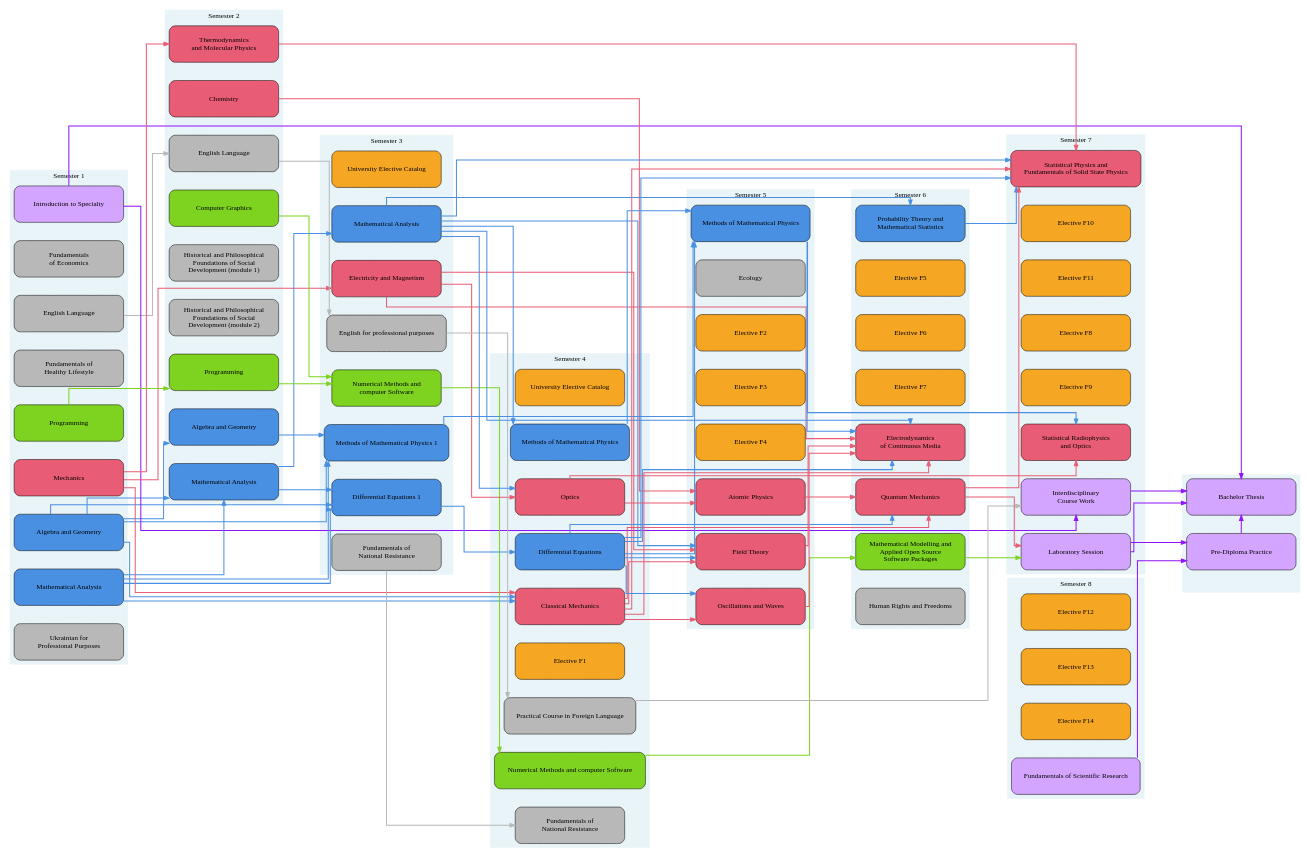
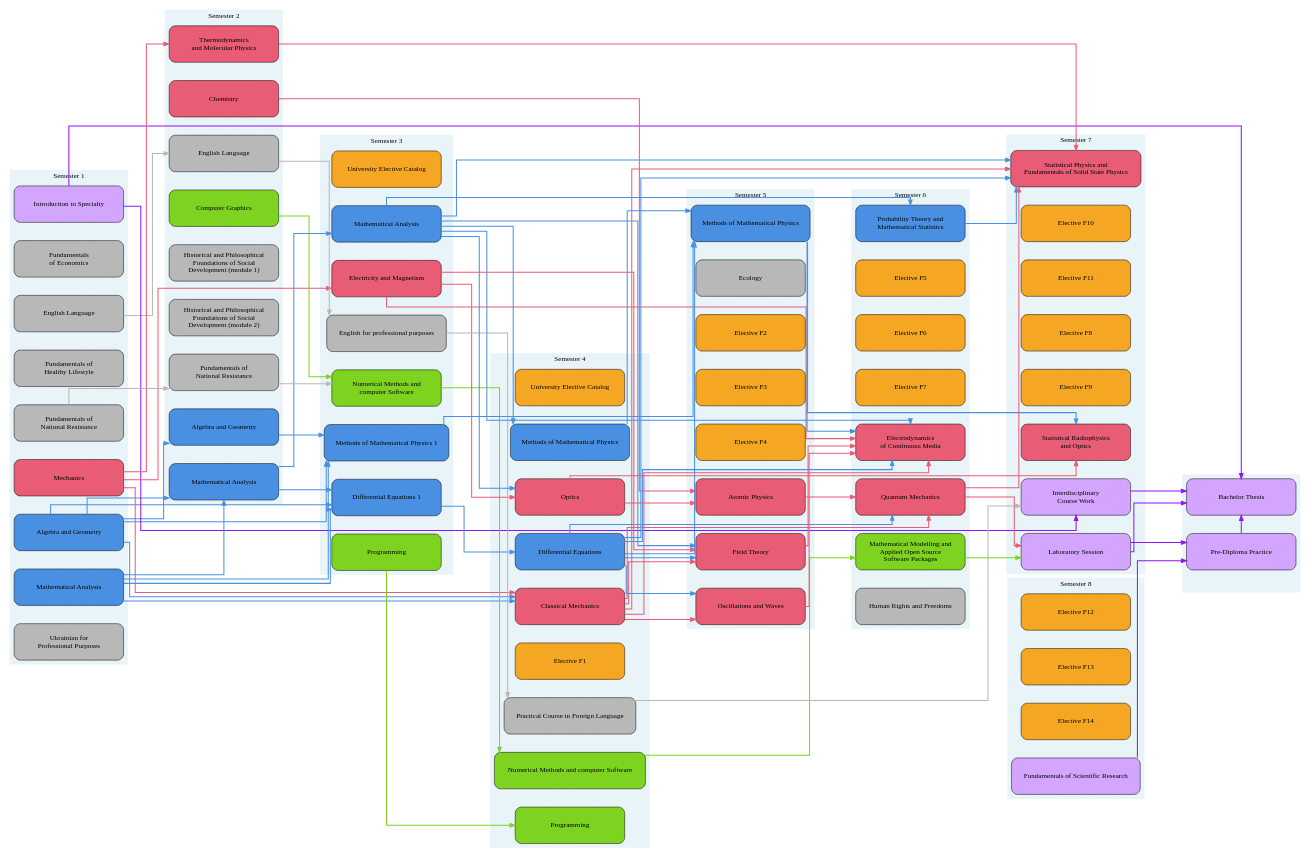
The diagram in Scheme/diagramm_bak_2026_en.gv (sergiokapone/matrix3), drawn with Graphviz before and after one commit. The commit also changed 9 other files, not shown here.

```diff
--- a/Scheme/diagramm_bak_2026_en.gv
+++ b/Scheme/diagramm_bak_2026_en.gv
@@ -21,7 +21,8 @@
         S1_Intro [label="Introduction to Specialty", fillcolor="#D4A5FF"];
         S1_MatAn [label="Mathematical Analysis", fillcolor="#4A90E2"];
         S1_Mech [label="Mechanics", fillcolor="#E85D75"];
-        S1_Prog [label="Programming", fillcolor="#7ED321"];
+        S1_Prog [label="Fundamentals of
+ National Resistance", fillcolor="#B8B8B8"];
         S1_Ukr [label="Ukrainian for
  Professional Purposes", fillcolor="#B8B8B8"];
     }
@@ -41,7 +42,8 @@
  Foundations of Social
  Development (module 2)", fillcolor="#B8B8B8"];
         S2_MatAn [label="Mathematical Analysis", fillcolor="#4A90E2"];
-        S2_Prog [label="Programming", fillcolor="#7ED321"];
+        S2_Prog [label="Fundamentals of
+ National Resistance", fillcolor="#B8B8B8"];
         S2_Thermo [label="Thermodynamics
  and Molecular Physics", fillcolor="#E85D75"];
     }
@@ -58,8 +60,7 @@
         S3_EngProf [label="English for professional purposes", fillcolor="#B8B8B8"];
         S3_MatAn [label="Mathematical Analysis", fillcolor="#4A90E2"];
         S3_MathPhys [label="Methods of Mathematical Physics 1", fillcolor="#4A90E2"];
-        S3_Military [label="Fundamentals of
- National Resistance", fillcolor="#B8B8B8"];
+        S3_Military [label="Programming", fillcolor="#7ED321"];
     }
     subgraph cluster_4 {
         style="filled";
@@ -73,8 +74,7 @@
         S4_EngPract [label="Practical Course in Foreign Language", fillcolor="#B8B8B8"];
         S4_F1 [label="Elective F1", fillcolor="#F5A623"];
         S4_MathPhys [label="Methods of Mathematical Physics", fillcolor="#4A90E2"];
-        S4_Military [label="Fundamentals of
- National Resistance", fillcolor="#B8B8B8"];
+        S4_Military [label="Programming", fillcolor="#7ED321"];
         S4_Optics [label="Optics", fillcolor="#E85D75"];
     }
     subgraph cluster_5 {
@@ -199,18 +199,18 @@
 S6_QMech     -> S7_Lab        [color="#E85D75", penwidth=2];
 
  // ПРЕРЕКВІЗИТИ — Програмування та обчислення
-S1_Prog     -> S2_Prog        [color="#7ED321", penwidth=2];
-S2_Prog     -> S3_CompMeth        [color="#7ED321", penwidth=2];
 S2_Graph     -> S3_CompMeth        [color="#7ED321", penwidth=2];
 S3_CompMeth     -> S4_CompMeth        [color="#7ED321", penwidth=2];
+S3_Military     -> S4_Military        [color="#7ED321", penwidth=2];
 S4_CompMeth     -> S6_MathModel        [color="#7ED321", penwidth=2];
 S6_MathModel     -> S7_Lab        [color="#7ED321", penwidth=2];
 
  // ПРЕРЕКВІЗИТИ — Іноземна мова
+S1_Prog     -> S2_Prog        [color="#B8B8B8", penwidth=2];
 S1_Eng     -> S2_Eng        [color="#B8B8B8", penwidth=2];
+S2_Prog     -> S3_CompMeth        [color="#B8B8B8", penwidth=2];
 S2_Eng     -> S3_EngProf        [color="#B8B8B8", penwidth=2];
 S3_EngProf     -> S4_EngPract        [color="#B8B8B8", penwidth=2];
-S3_Military     -> S4_Military        [color="#B8B8B8", penwidth=2];
 S4_EngPract     -> S7_Course        [color="#B8B8B8", penwidth=2];
 
  // ПРЕРЕКВІЗИТИ — Практика та дослідження
```
